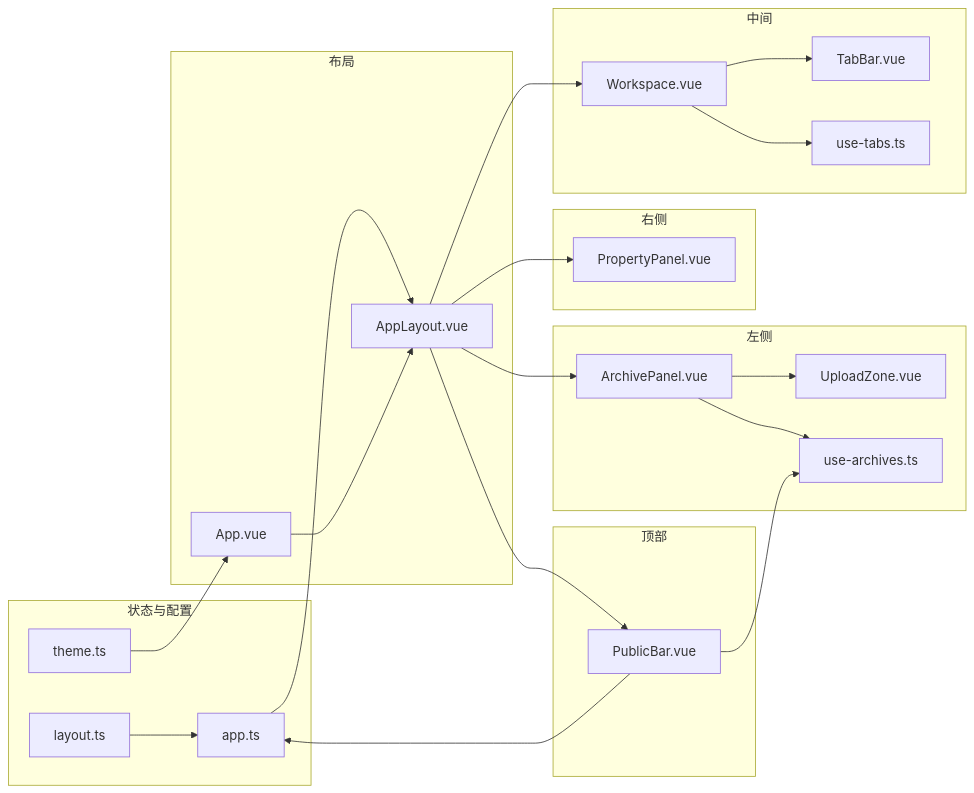
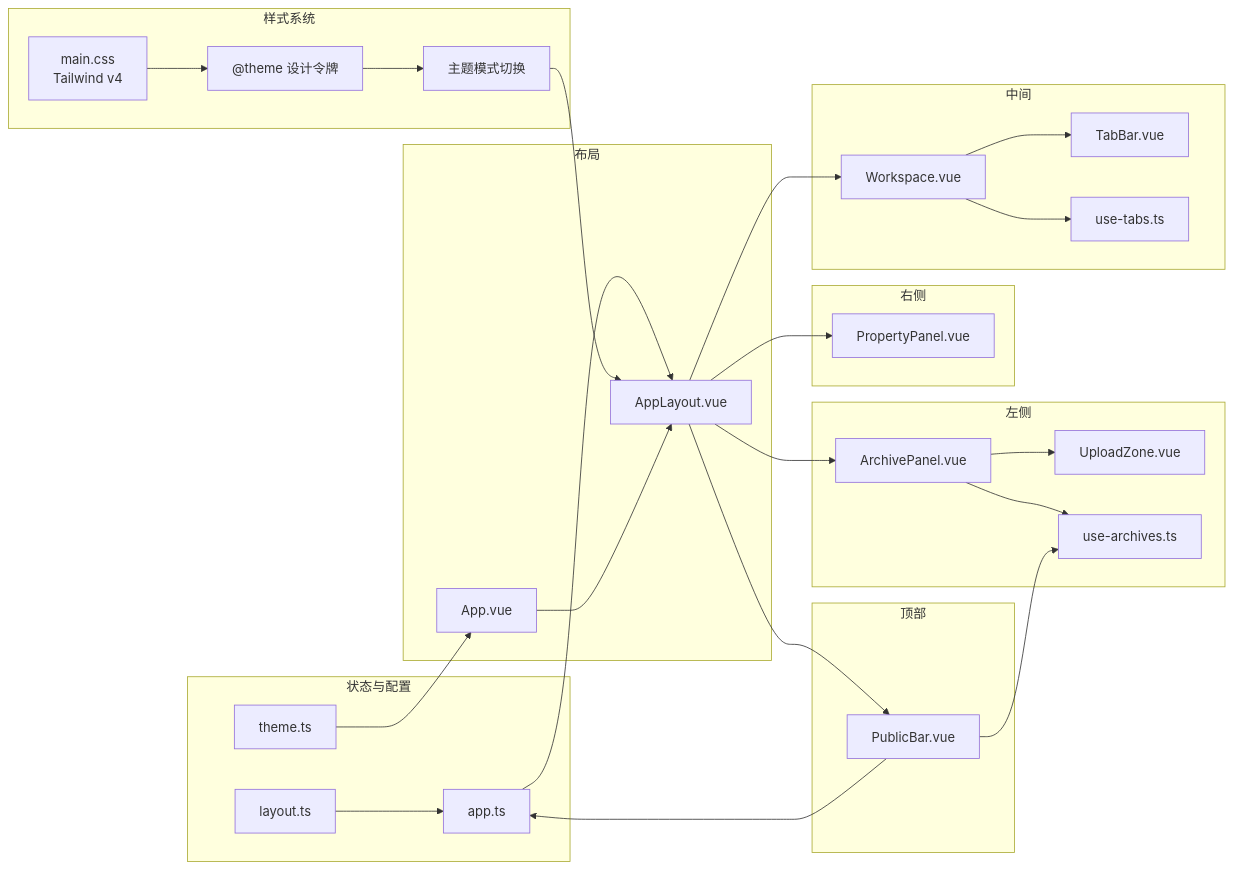
Before and after one commit to taoweidong/Hello-Tauri: the seventh of 7 diagrams in .qoder/repowiki/zh/content/用户界面/用户界面.md, drawn with Mermaid. The commit also changed other lines of this file and 119 other files, not shown here.

````diff
--- a/.qoder/repowiki/zh/content/用户界面/用户界面.md
+++ b/.qoder/repowiki/zh/content/用户界面/用户界面.md
@@ -306,42 +374,50 @@
 ```mermaid
 graph LR
 subgraph "状态与配置"
 ST["app.ts"]
 CFG["layout.ts"]
 TH["theme.ts"]
+end
+subgraph "样式系统"
+MC["main.css<br/>Tailwind v4"]
+DT["@theme 设计令牌"]
+TM["主题模式切换"]
 end
 subgraph "布局"
 AL["AppLayout.vue"]
 APP["App.vue"]
 end
 subgraph "左侧"
 AP["ArchivePanel.vue"]
 UZ["UploadZone.vue"]
 UA["use-archives.ts"]
 end
 subgraph "中间"
 WS["Workspace.vue"]
 TB["TabBar.vue"]
 UT["use-tabs.ts"]
 end
 subgraph "右侧"
 PP["PropertyPanel.vue"]
 end
 subgraph "顶部"
 PB["PublicBar.vue"]
 end
 ST --> AL
 CFG --> ST
 TH --> APP
+MC --> DT
+DT --> TM
+TM --> AL
 APP --> AL
 AL --> AP
 AL --> WS
 AL --> PP
 AL --> PB
 AP --> UZ
 AP --> UA
 WS --> TB
 WS --> UT
 PB --> ST
 PB --> UA
 ```
````
